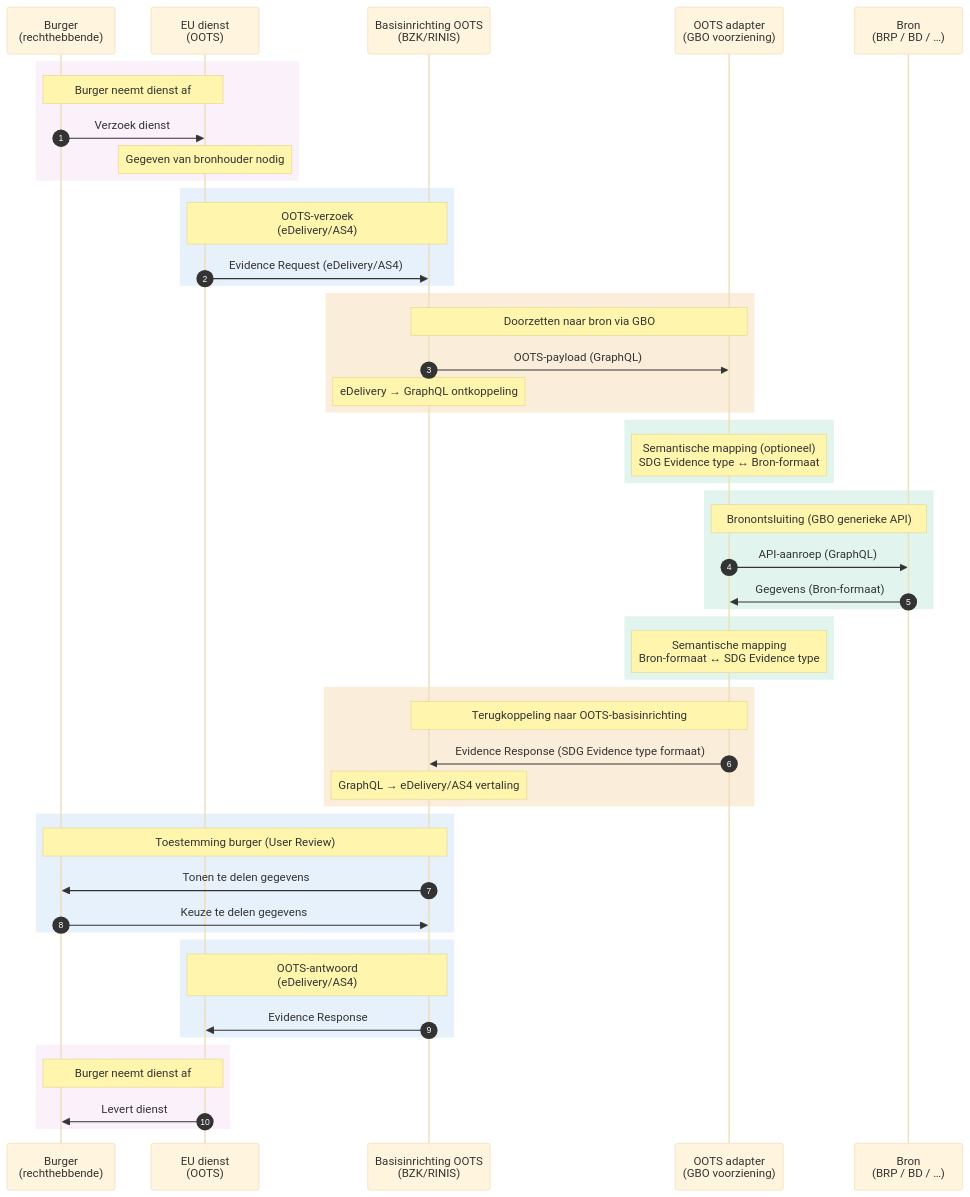
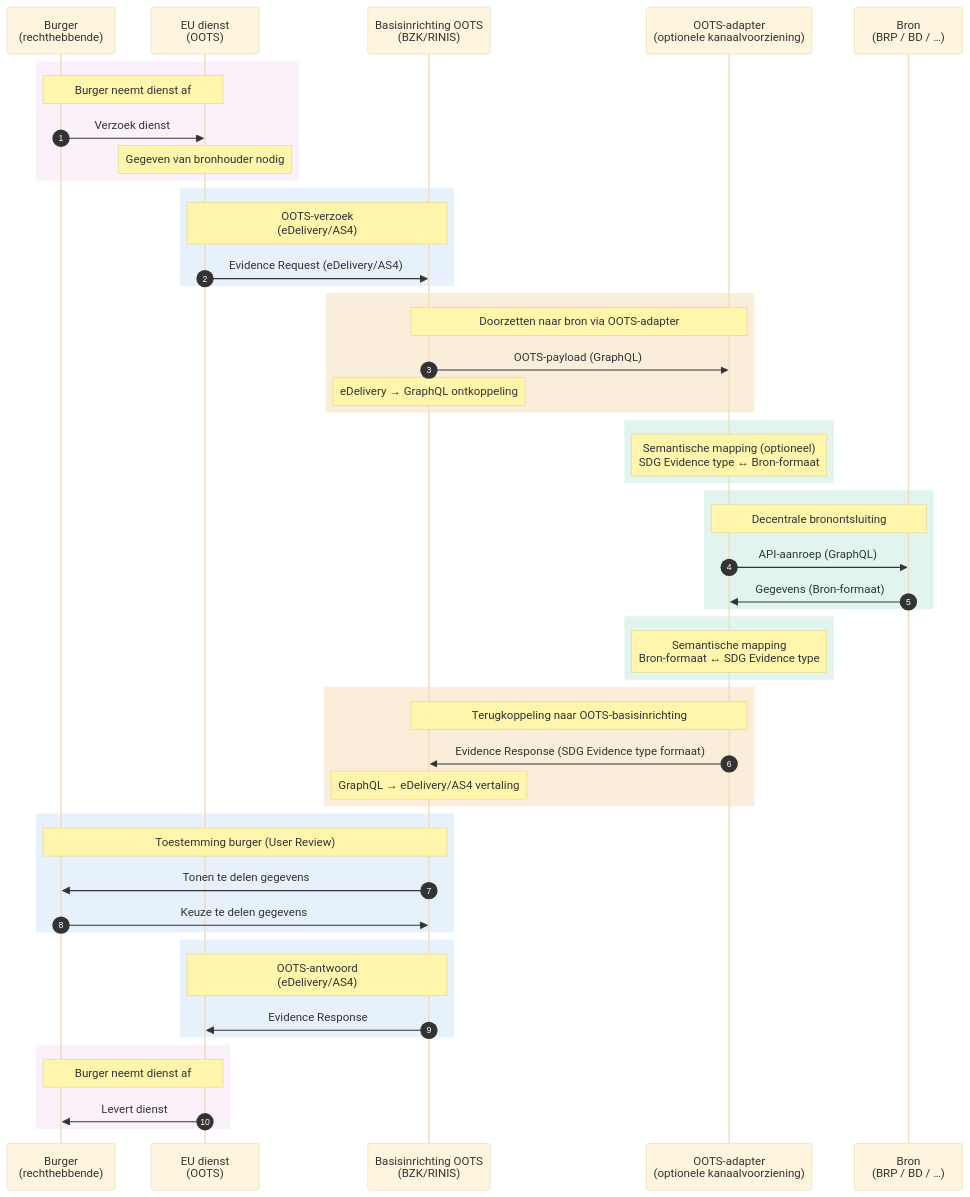
Before and after one commit to ICTU/GBO-GO: the diagram in docs/diagrammen/interactiepatroon-OOTS-verzoek.mmd, drawn with Mermaid. The commit also changed 9 other files, not shown here.

```diff
--- a/docs/diagrammen/interactiepatroon-OOTS-verzoek.mmd
+++ b/docs/diagrammen/interactiepatroon-OOTS-verzoek.mmd
@@ -1,71 +1,71 @@
 %%{
   init: {
     'theme': 'base',
     'themeVariables': {
       'darkMode': false,
       'background': '#FFFFFF',
       'edgeLabelBackground': '#FFFFFF'
     },
     'themeCSS': 'svg, .mermaid, #mermaid-svg, .mermaid > svg { background-color: #FFFFFF !important; background: #FFFFFF !important; } @media (prefers-color-scheme: dark) { svg, .mermaid, #mermaid-svg, .mermaid > svg { background-color: #FFFFFF !important; background: #FFFFFF !important; } }'
   }
 }%%
 sequenceDiagram
     autonumber
     participant BRG as Burger<br/>(rechthebbende)
     participant EU as EU dienst<br/>(OOTS)
     participant RINIS as Basisinrichting OOTS<br />(BZK/RINIS)
-    participant GBO as OOTS adapter<br/>(GBO voorziening)
+    participant ADAPTER as OOTS-adapter<br/>(optionele kanaalvoorziening)
     participant BRH as Bron<br/>(BRP / BD / …)
 
     rect rgb(250, 241, 251)
         Note over BRG,EU: Burger neemt dienst af
         BRG->>EU: Verzoek dienst
         Note over EU: Gegeven van bronhouder nodig
     end
 
     rect rgb(230, 241, 251)
         Note over EU,RINIS: OOTS-verzoek<br />(eDelivery/AS4)
         EU->>RINIS: Evidence Request (eDelivery/AS4)
     end
 
     rect rgb(250, 238, 218)
-        Note over RINIS,GBO: Doorzetten naar bron via GBO
-        RINIS->>GBO: OOTS-payload (GraphQL)
+        Note over RINIS,ADAPTER: Doorzetten naar bron via OOTS-adapter
+        RINIS->>ADAPTER: OOTS-payload (GraphQL)
         Note over RINIS: eDelivery → GraphQL ontkoppeling
     end
 
     rect rgb(225, 245, 238)
-        Note over GBO: Semantische mapping (optioneel)<br/>SDG Evidence type ↔ Bron-formaat
+        Note over ADAPTER: Semantische mapping (optioneel)<br/>SDG Evidence type ↔ Bron-formaat
     end
 
     rect rgb(225, 245, 238)
-        Note over GBO,BRH: Bronontsluiting (GBO generieke API)
-        GBO->>BRH: API-aanroep (GraphQL)
-        BRH->>GBO: Gegevens (Bron-formaat)
+        Note over ADAPTER,BRH: Decentrale bronontsluiting
+        ADAPTER->>BRH: API-aanroep (GraphQL)
+        BRH->>ADAPTER: Gegevens (Bron-formaat)
     end
 
     rect rgb(225, 245, 238)
-        Note over GBO: Semantische mapping<br/>Bron-formaat ↔ SDG Evidence type
+        Note over ADAPTER: Semantische mapping<br/>Bron-formaat ↔ SDG Evidence type
     end
 
     rect rgb(250, 238, 218)
-        Note over GBO,RINIS: Terugkoppeling naar OOTS-basisinrichting
-        GBO->>RINIS: Evidence Response (SDG Evidence type formaat)
+        Note over ADAPTER,RINIS: Terugkoppeling naar OOTS-basisinrichting
+        ADAPTER->>RINIS: Evidence Response (SDG Evidence type formaat)
         Note over RINIS: GraphQL → eDelivery/AS4 vertaling
     end
 
     rect rgb(230, 241, 251)
         Note over RINIS,BRG: Toestemming burger (User Review)
         RINIS->>BRG: Tonen te delen gegevens
         BRG->>RINIS: Keuze te delen gegevens
     end
 
     rect rgb(230, 241, 251)
         Note over EU,RINIS: OOTS-antwoord<br />(eDelivery/AS4)
         RINIS->>EU: Evidence Response
     end
 
     rect rgb(250, 241, 251)
         Note over BRG,EU: Burger neemt dienst af
         EU->>BRG: Levert dienst
     end
```
